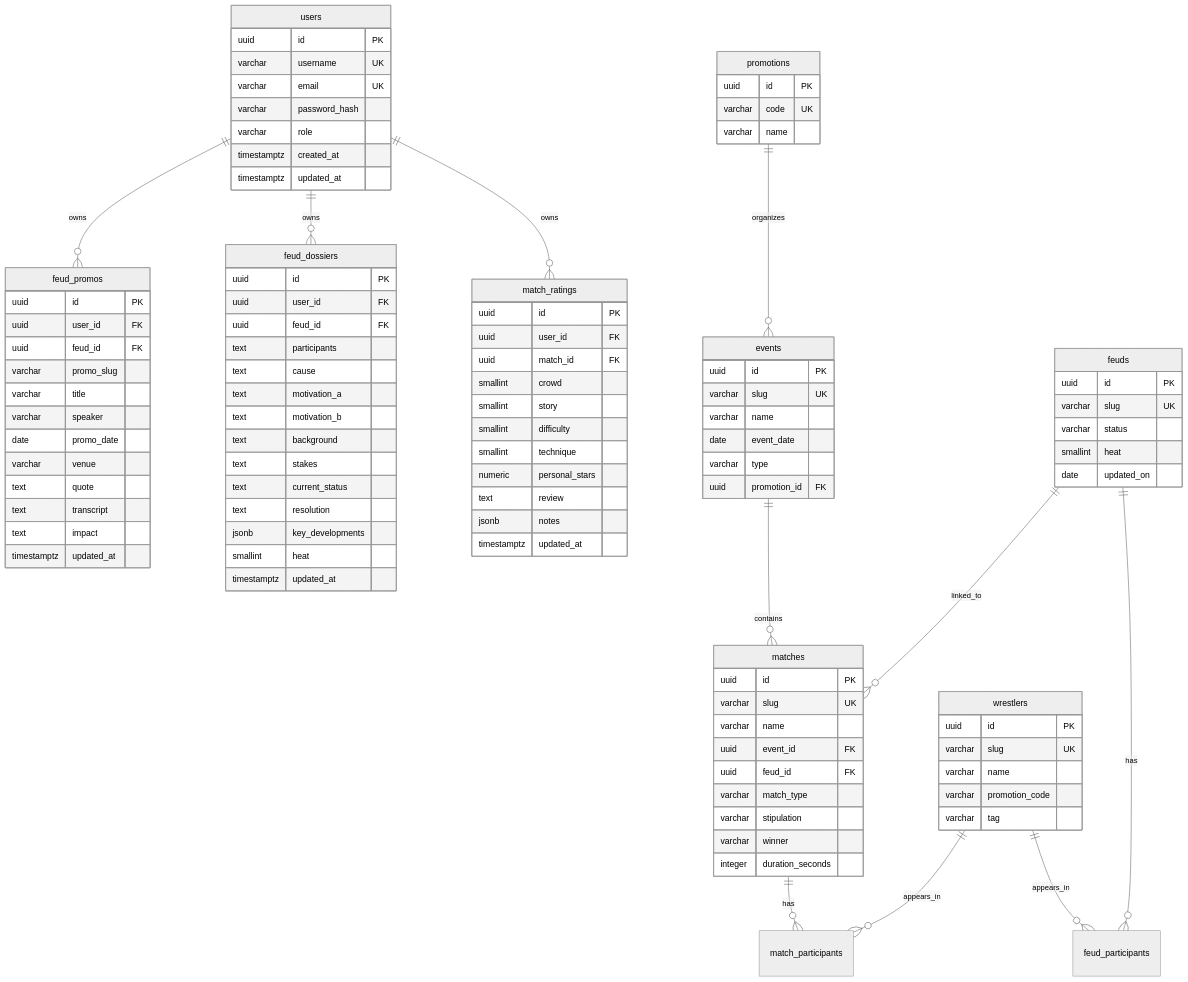
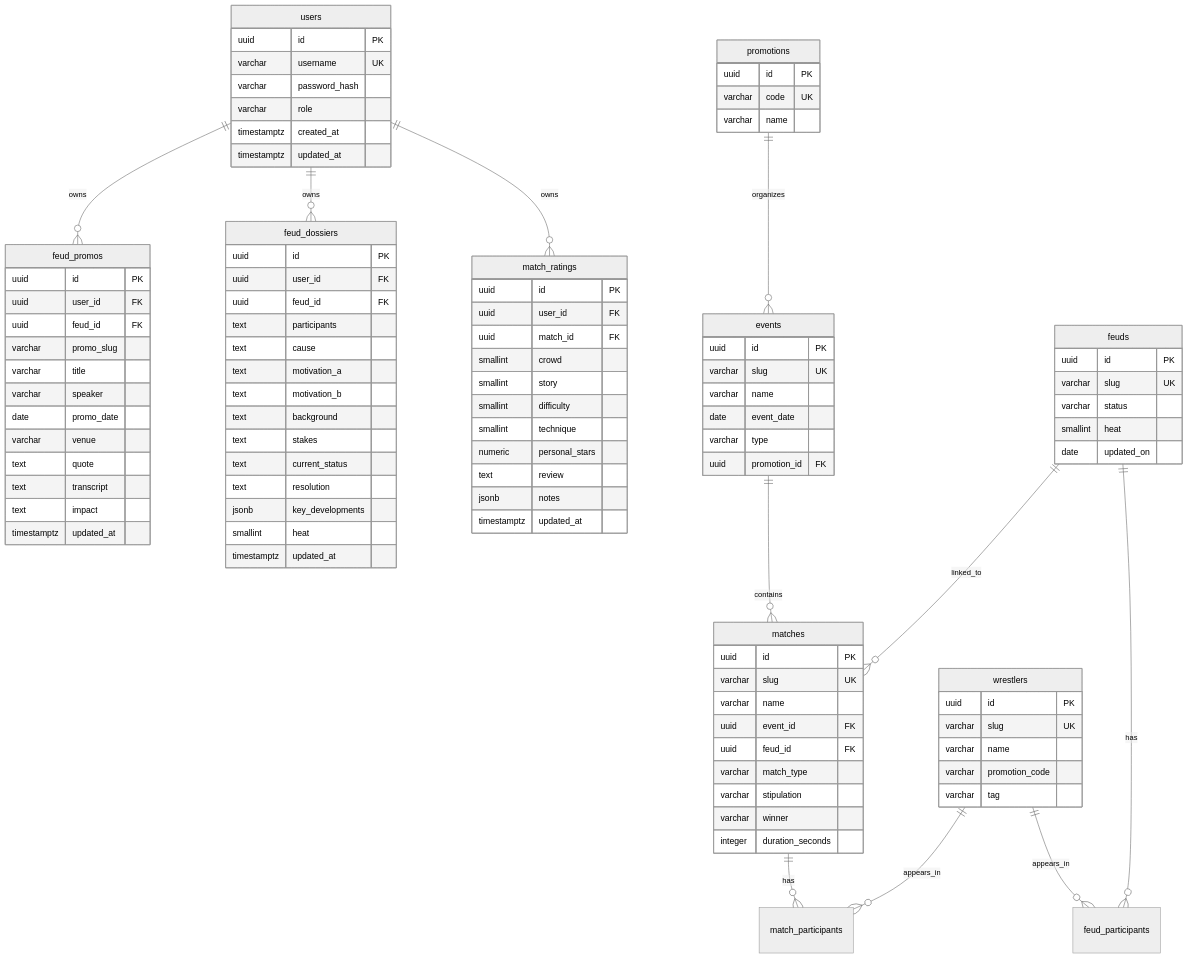
One commit to BitStunner/TopRopes-Backend changed the diagram in docs/architecture/DATA_MODEL.md. Above: the diagram before and after it, drawn with Mermaid. The commit also changed other lines of this file and 4 other files, not shown here.

```diff
--- a/docs/architecture/DATA_MODEL.md
+++ b/docs/architecture/DATA_MODEL.md
@@ -30,7 +32,6 @@
   users {
     uuid id PK
     varchar username UK
-    varchar email UK
     varchar password_hash
     varchar role
     timestamptz created_at
```
